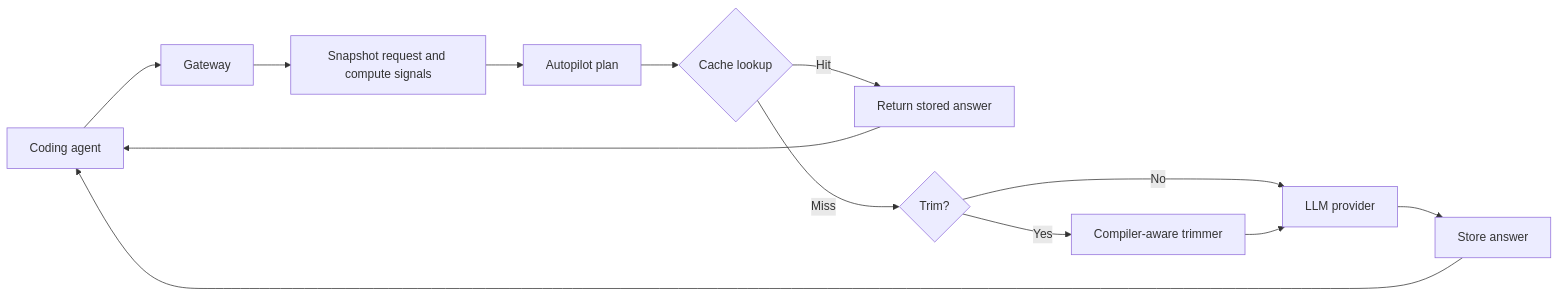
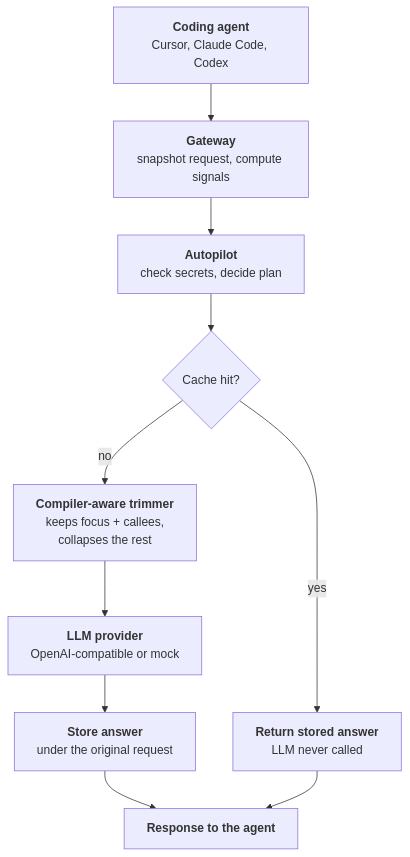
The diagram in README.md (agamlotey/ucs503p-202627-ai-cost-autopilot), drawn with Mermaid before and after one commit.

Commit message:
README: redraw the request flowchart top to bottom with no crossing arrows
The flowchart ran left to right, so on GitHub it was too wide to read, and the
two arrows looping back to "Coding agent" crossed the others. It now runs top
to bottom, and both paths (cache hit, and trim -> LLM -> store) end in a single
"Response to the agent" node, so no arrow loops back or crosses another.

````diff
--- a/README.md
+++ b/README.md
@@ -18,15 +18,18 @@
 ```mermaid
-flowchart LR
-    A[Coding agent] --> B[Gateway]
-    B --> C[Snapshot request and compute signals]
-    C --> D[Autopilot plan]
-    D --> E{Cache lookup}
-    E -->|Hit| F[Return stored answer]
-    F --> A
-    E -->|Miss| G{Trim?}
-    G -->|Yes| H[Compiler-aware trimmer]
-    G -->|No| I[LLM provider]
-    H --> I
-    I --> J[Store answer]
-    J --> A
+flowchart TB
+    A["<b>Coding agent</b><br/>Cursor, Claude Code, Codex"]
+    B["<b>Gateway</b><br/>snapshot request, compute signals"]
+    C["<b>Autopilot</b><br/>check secrets, decide plan"]
+    D{"Cache hit?"}
+    E["<b>Return stored answer</b><br/>LLM never called"]
+    F["<b>Compiler-aware trimmer</b><br/>keeps focus + callees,<br/>collapses the rest"]
+    G["<b>LLM provider</b><br/>OpenAI-compatible or mock"]
+    H["<b>Store answer</b><br/>under the original request"]
+    I["<b>Response to the agent</b>"]
+
+    A --> B --> C --> D
+    D -- yes --> E
+    D -- no --> F
+    F --> G --> H --> I
+    E --> I
 ```
````
